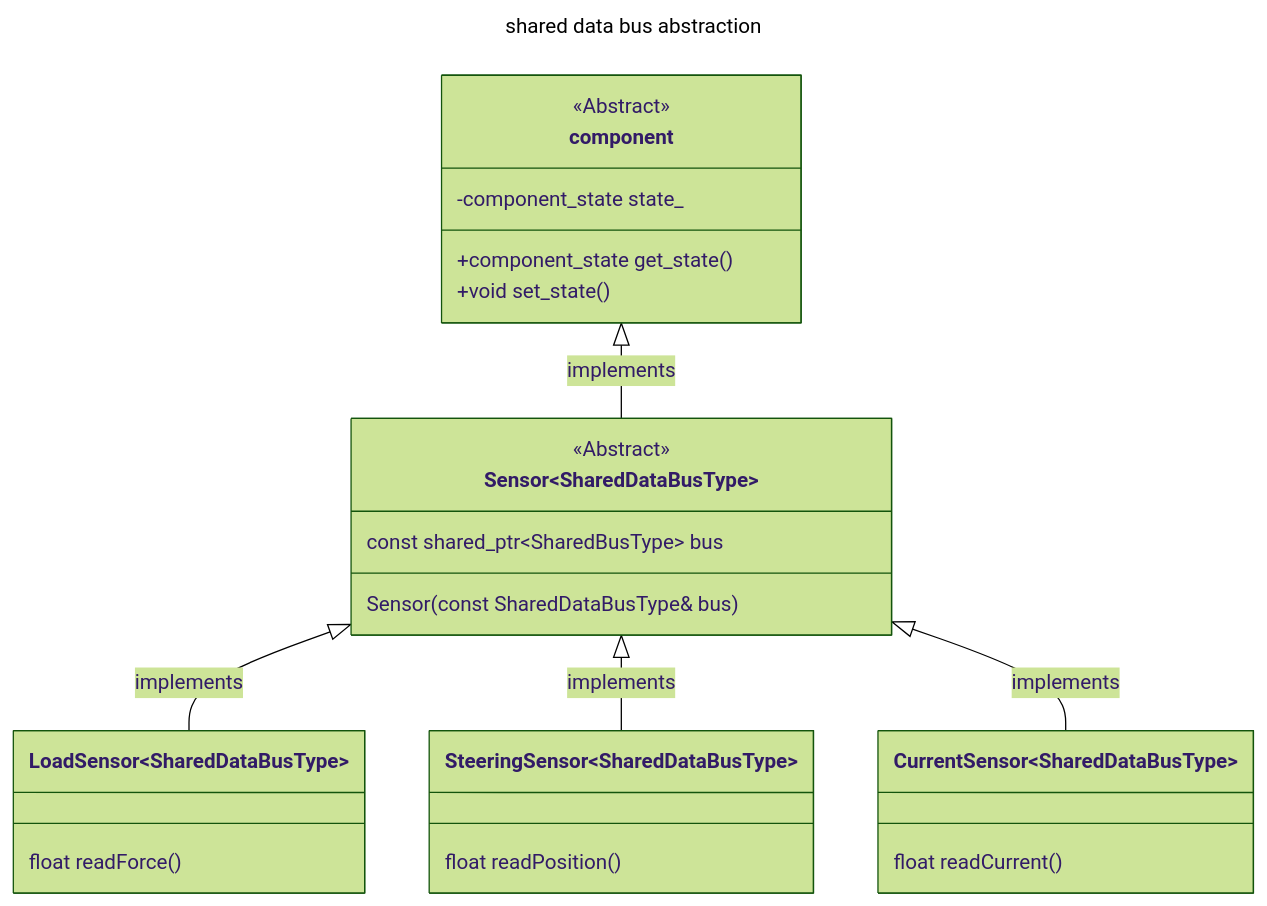
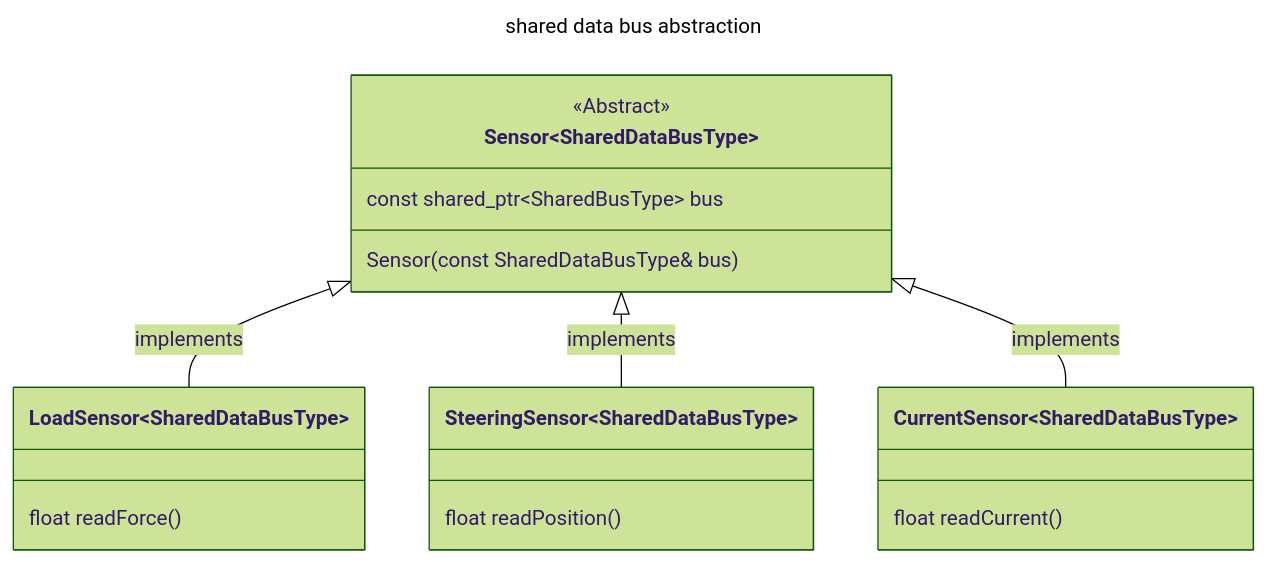
Before and after one commit to hytech-racing/MCU: the third of 3 diagrams in README.md, drawn with Mermaid (forest theme). The commit also changed other lines of this file, not shown here.

````diff
--- a/README.md
+++ b/README.md
@@ -150,33 +137,27 @@
 ```mermaid
 ---
 title: shared data bus abstraction
 ---
 classDiagram
-    class component{
-        <<Abstract>>
-        -component_state state_
-        +component_state get_state()
-        +void set_state()
-    }
     
     class Sensor~SharedDataBusType~{
         <<Abstract>>
         const shared_ptr~SharedBusType~ bus
         Sensor<SharedDataBusType>(const SharedDataBusType& bus)
     }
 
     class SteeringSensor~SharedDataBusType~{
         float readPosition()
     }
     class LoadSensor~SharedDataBusType~{
         float readForce()
     }
     class CurrentSensor~SharedDataBusType~{
         float readCurrent()
     }
-    component <|-- Sensor : implements
+
     Sensor <|-- LoadSensor : implements
     Sensor <|-- SteeringSensor : implements
     Sensor <|-- CurrentSensor : implements
 
 ```
````
